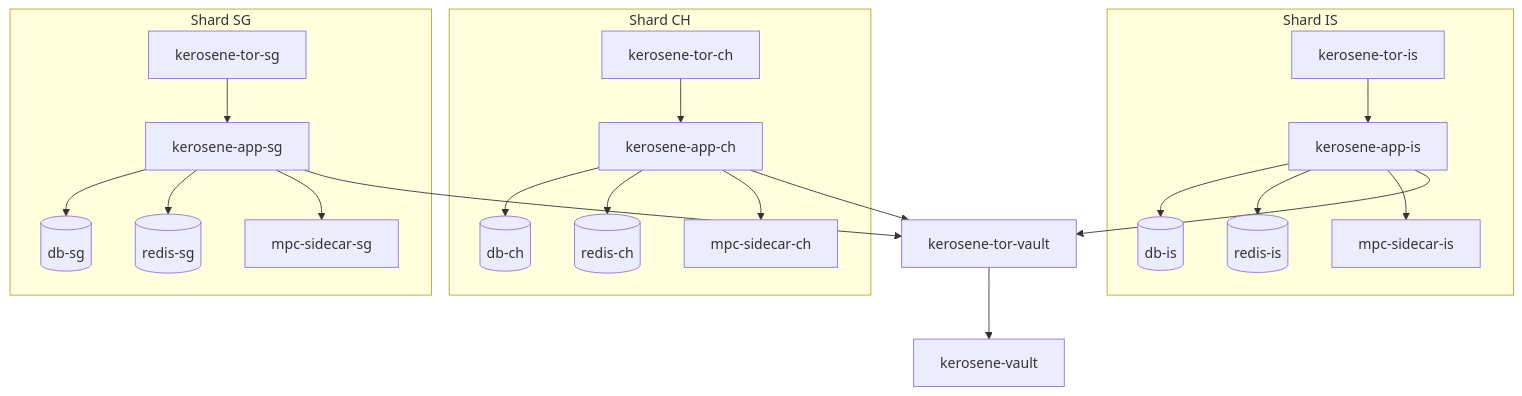
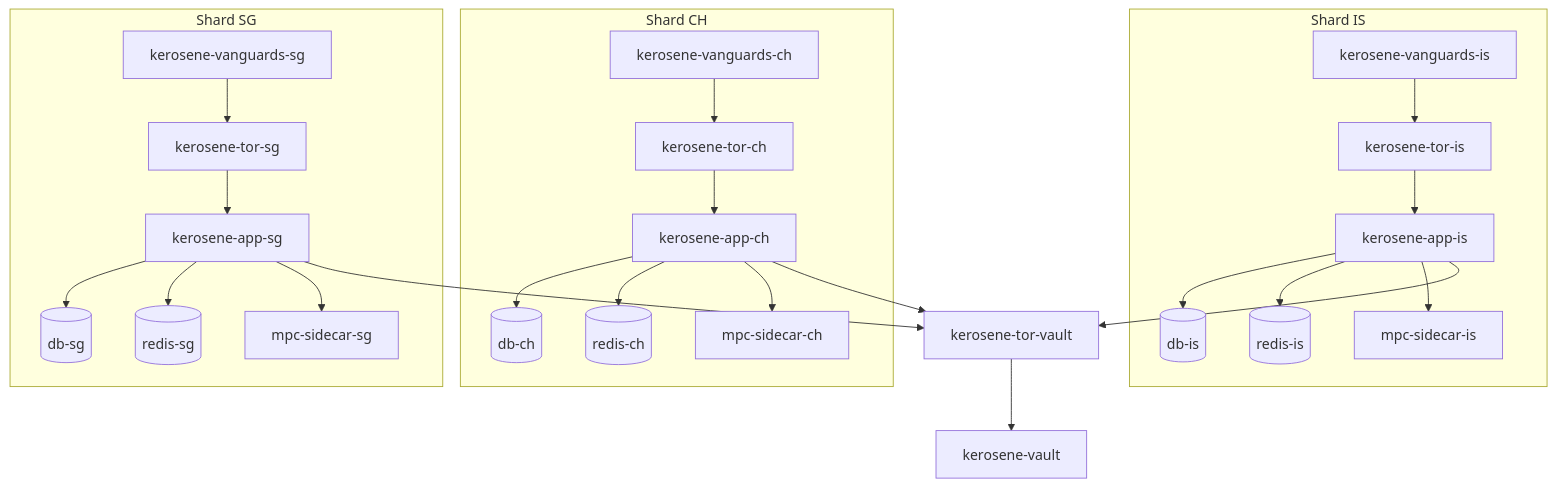
Before and after one commit to Daniel-Astrofer/Kerosene: the diagram in docs/INFRASTRUCTURE.md, drawn with Mermaid. The commit also changed other lines of this file and 500 other files, not shown here.

````diff
--- a/docs/INFRASTRUCTURE.md
+++ b/docs/INFRASTRUCTURE.md
@@ -75,28 +80,31 @@
 ```mermaid
 flowchart TB
   subgraph IS[Shard IS]
     AppIS[kerosene-app-is] --> DbIS[(db-is)]
     AppIS --> RedisIS[(redis-is)]
     AppIS --> MpcIS[mpc-sidecar-is]
     TorIS[kerosene-tor-is] --> AppIS
+    VgIS[kerosene-vanguards-is] --> TorIS
   end
 
   subgraph CH[Shard CH]
     AppCH[kerosene-app-ch] --> DbCH[(db-ch)]
     AppCH --> RedisCH[(redis-ch)]
     AppCH --> MpcCH[mpc-sidecar-ch]
     TorCH[kerosene-tor-ch] --> AppCH
+    VgCH[kerosene-vanguards-ch] --> TorCH
   end
 
   subgraph SG[Shard SG]
     AppSG[kerosene-app-sg] --> DbSG[(db-sg)]
     AppSG --> RedisSG[(redis-sg)]
     AppSG --> MpcSG[mpc-sidecar-sg]
     TorSG[kerosene-tor-sg] --> AppSG
+    VgSG[kerosene-vanguards-sg] --> TorSG
   end
 
   TorVault[kerosene-tor-vault] --> Vault[kerosene-vault]
   AppIS --> TorVault
   AppCH --> TorVault
   AppSG --> TorVault
 ```
````
